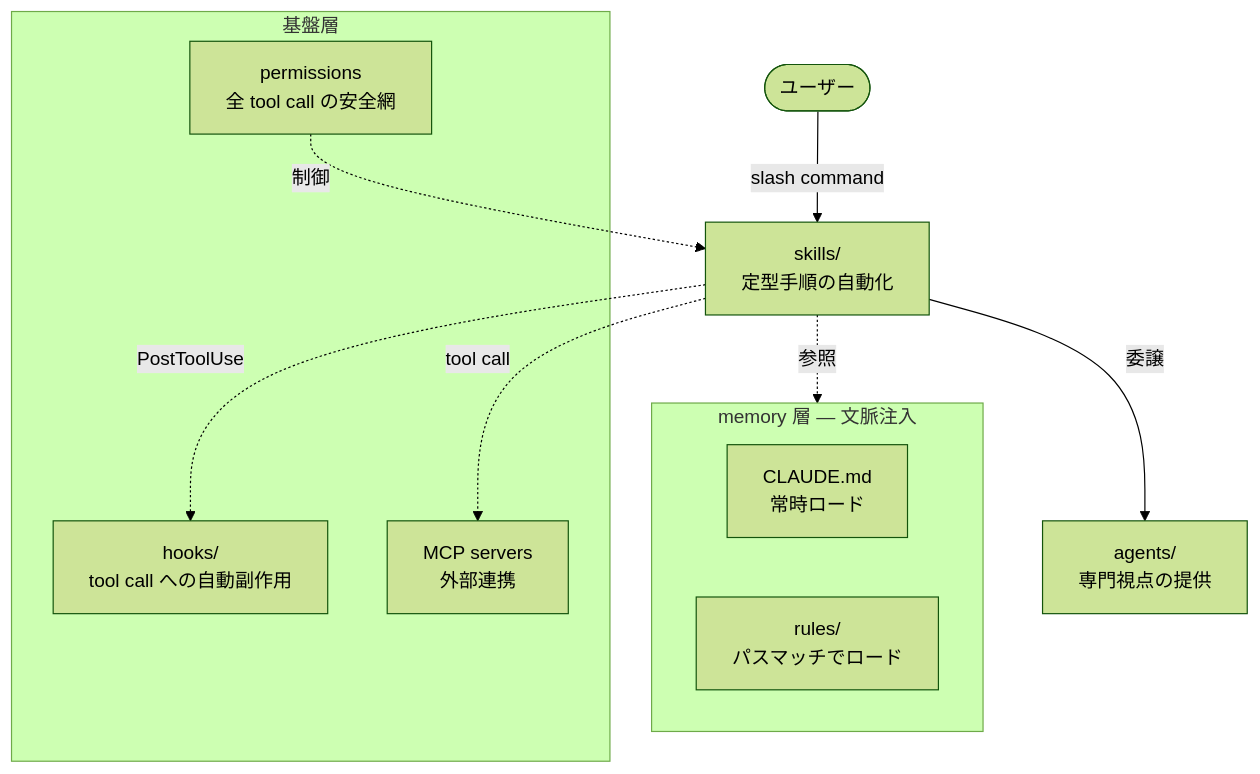
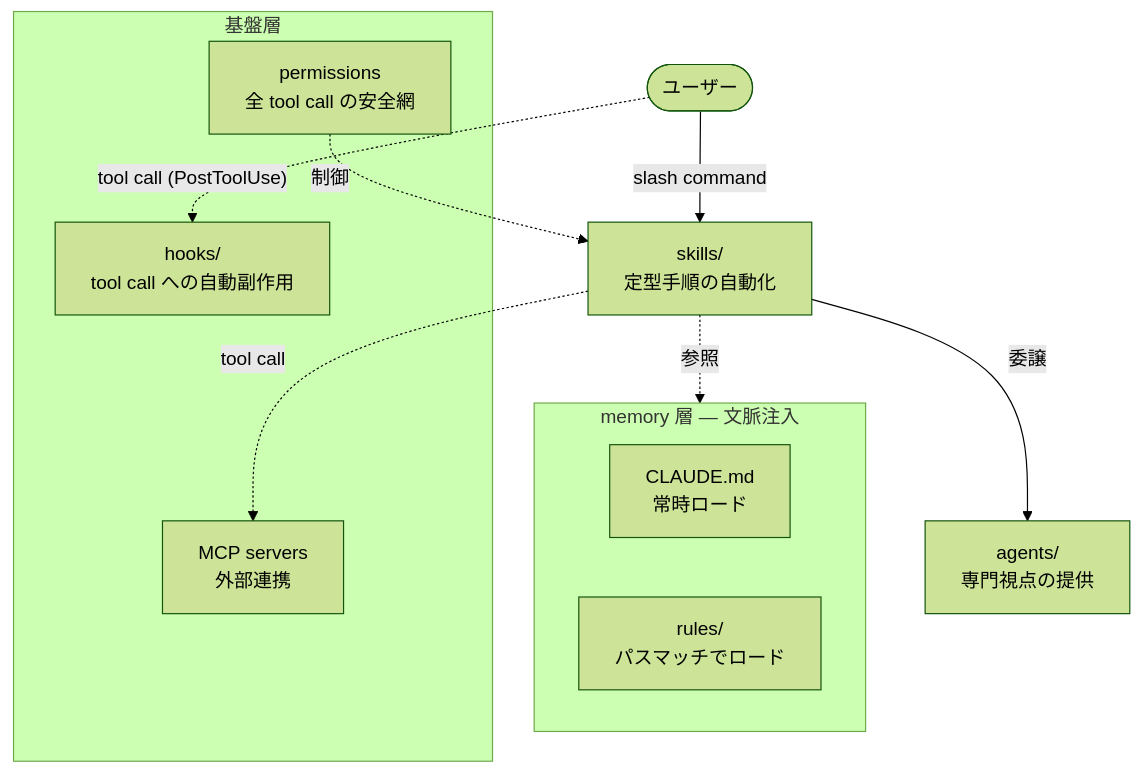
One commit to kuairen-227/agent-team-studio changed the diagram in docs/guides/ai-harness.md. Above: the diagram before and after it, drawn with Mermaid (forest theme). The commit also changed other lines of this file and 3 other files, not shown here.

````diff
--- a/docs/guides/ai-harness.md
+++ b/docs/guides/ai-harness.md
@@ -11,23 +11,23 @@
 ```mermaid
 flowchart TD
     User(["ユーザー"])
     User -->|"slash command"| Skills["skills/\n定型手順の自動化"]
     Skills -->|"委譲"| Agents["agents/\n専門視点の提供"]
 
     subgraph memory["memory 層 — 文脈注入"]
         CLAUDE["CLAUDE.md\n常時ロード"]
         Rules["rules/\nパスマッチでロード"]
     end
 
     Skills -.->|"参照"| memory
 
     subgraph infra["基盤層"]
         Hooks["hooks/\ntool call への自動副作用"]
         MCP["MCP servers\n外部連携"]
         Perms["permissions\n全 tool call の安全網"]
     end
 
-    Skills -.->|"PostToolUse"| Hooks
     Skills -.->|"tool call"| MCP
+    User -.->|"tool call (PostToolUse)"| Hooks
     Perms -.->|"制御"| Skills
 ```
````
